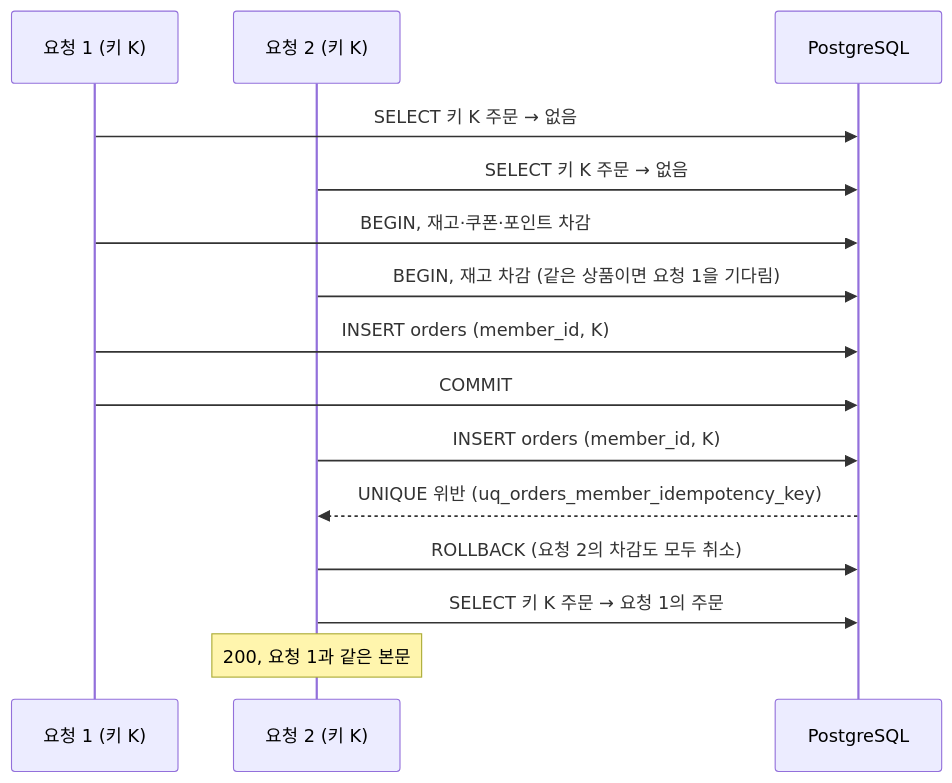
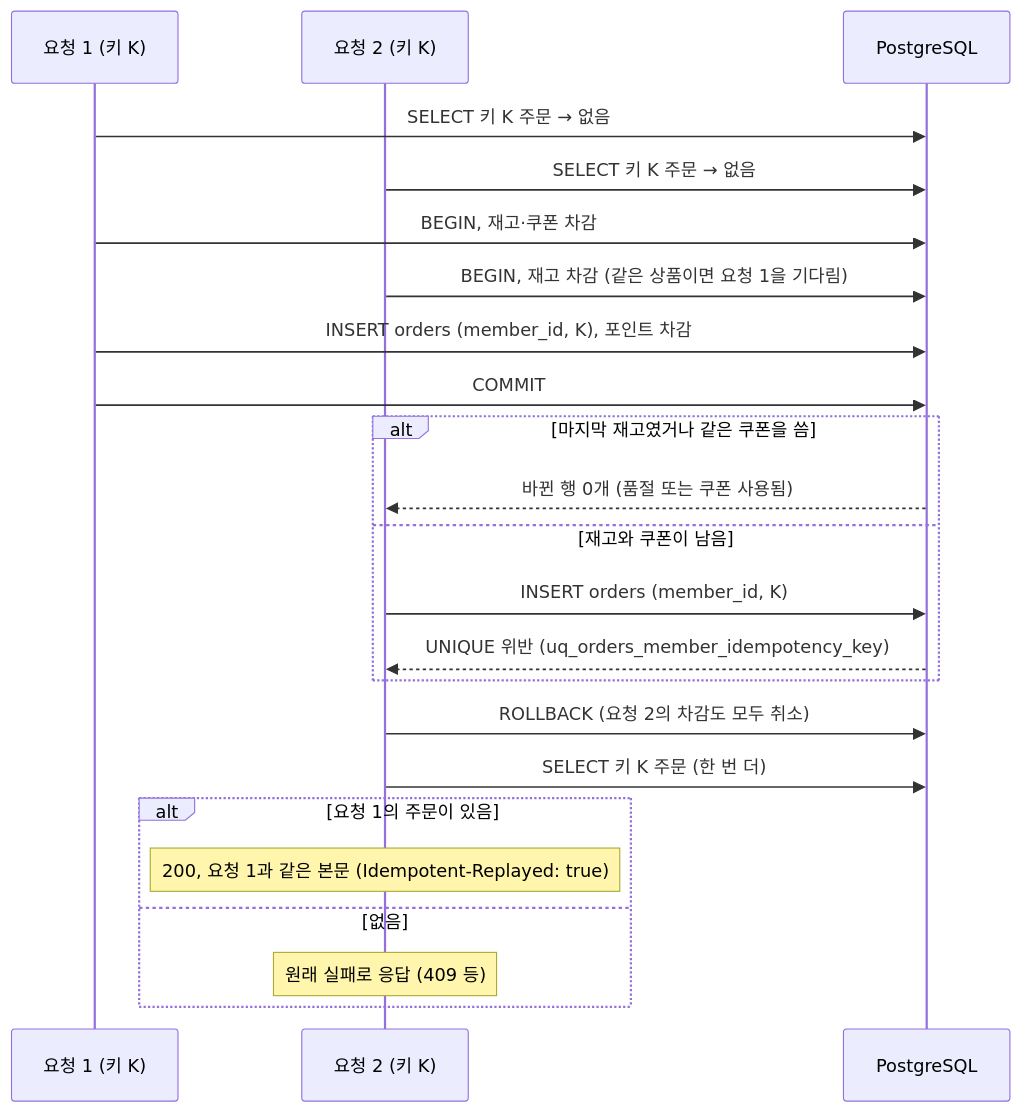
Before and after one commit to KAPUIST/flash-gate: the fifth of 9 diagrams in docs/features/order/flows.md, drawn with Mermaid. The commit also changed other lines of this file and 25 other files, not shown here.

````diff
--- a/docs/features/order/flows.md
+++ b/docs/features/order/flows.md
@@ -173,18 +239,26 @@
 ```mermaid
 sequenceDiagram
     participant Q1 as 요청 1 (키 K)
     participant Q2 as 요청 2 (키 K)
     participant DB as PostgreSQL
 
     Q1->>DB: SELECT 키 K 주문 → 없음
     Q2->>DB: SELECT 키 K 주문 → 없음
-    Q1->>DB: BEGIN, 재고·쿠폰·포인트 차감
+    Q1->>DB: BEGIN, 재고·쿠폰 차감
     Q2->>DB: BEGIN, 재고 차감 (같은 상품이면 요청 1을 기다림)
-    Q1->>DB: INSERT orders (member_id, K)
+    Q1->>DB: INSERT orders (member_id, K), 포인트 차감
     Q1->>DB: COMMIT
-    Q2->>DB: INSERT orders (member_id, K)
-    DB-->>Q2: UNIQUE 위반 (uq_orders_member_idempotency_key)
+    alt 마지막 재고였거나 같은 쿠폰을 씀
+        DB-->>Q2: 바뀐 행 0개 (품절 또는 쿠폰 사용됨)
+    else 재고와 쿠폰이 남음
+        Q2->>DB: INSERT orders (member_id, K)
+        DB-->>Q2: UNIQUE 위반 (uq_orders_member_idempotency_key)
+    end
     Q2->>DB: ROLLBACK (요청 2의 차감도 모두 취소)
-    Q2->>DB: SELECT 키 K 주문 → 요청 1의 주문
-    Note over Q2: 200, 요청 1과 같은 본문
+    Q2->>DB: SELECT 키 K 주문 (한 번 더)
+    alt 요청 1의 주문이 있음
+        Note over Q2: 200, 요청 1과 같은 본문 (Idempotent-Replayed: true)
+    else 없음
+        Note over Q2: 원래 실패로 응답 (409 등)
+    end
 ```
````
